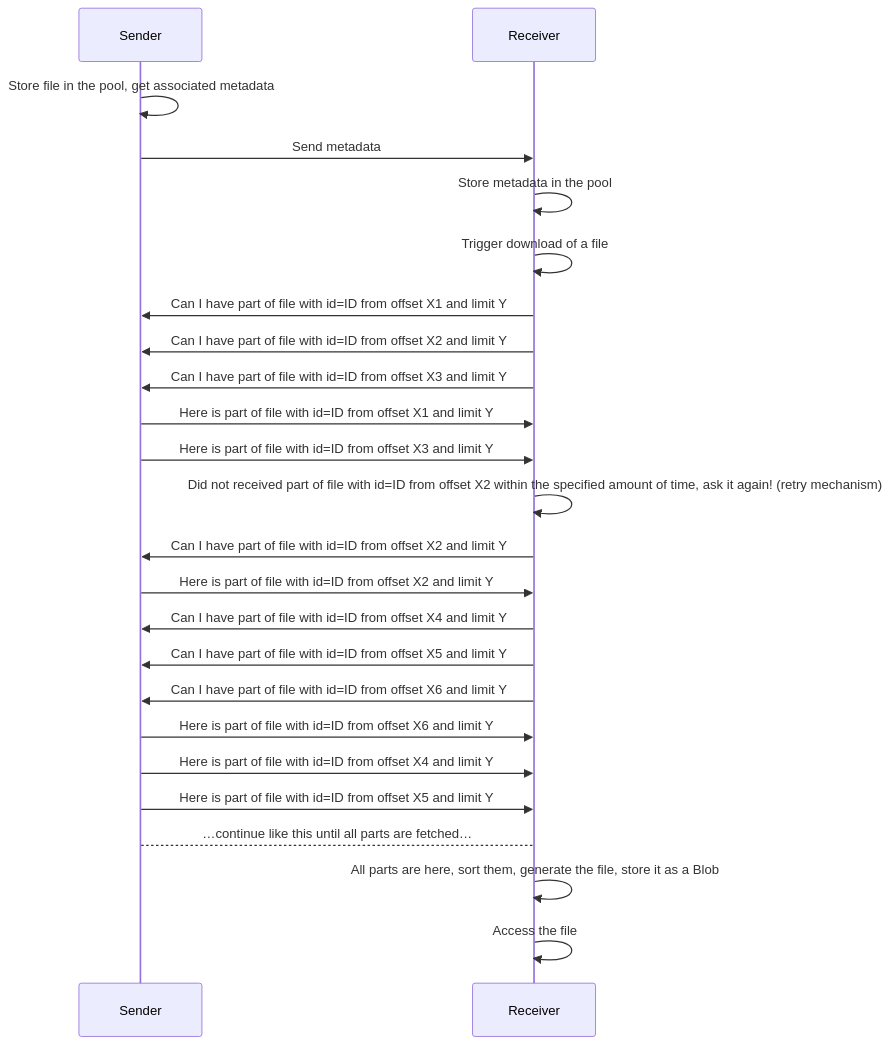
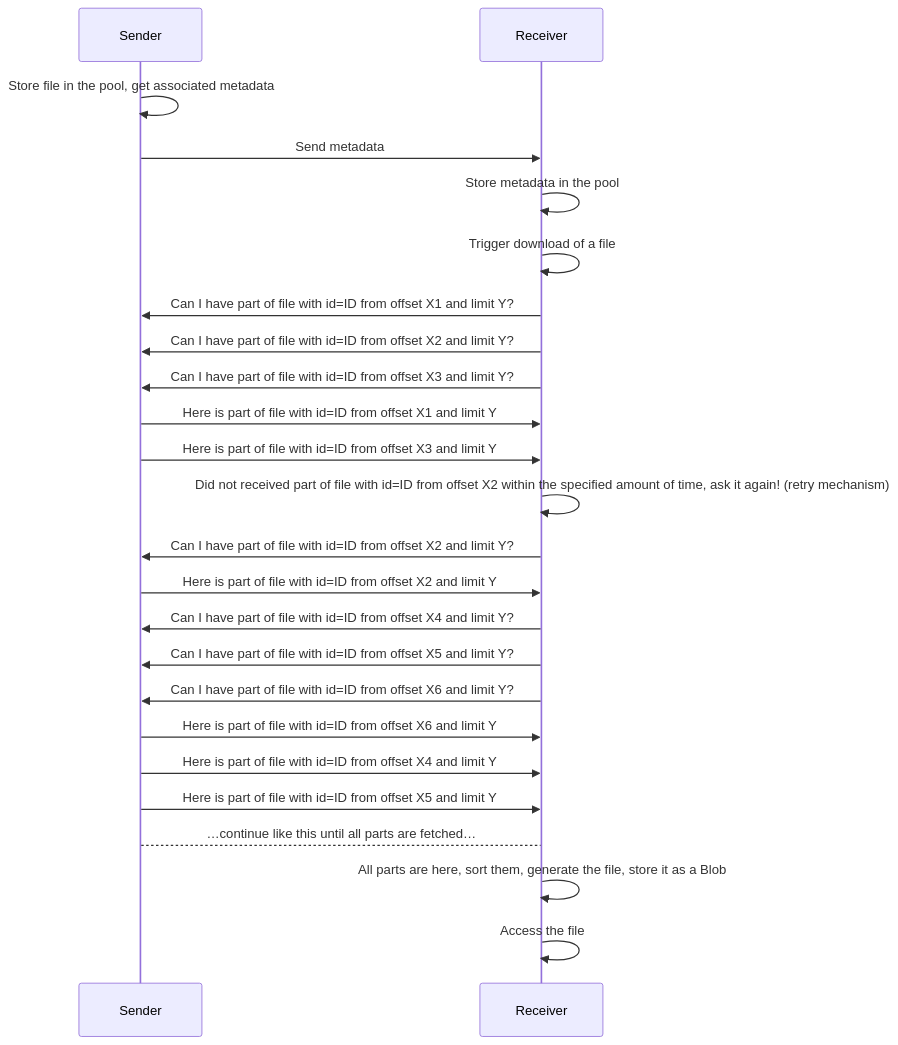
Before and after one commit to ludovicm67/lib-filetransfer: the diagram in README.md, drawn with Mermaid. The commit also changed other lines of this file, not shown here.

````diff
--- a/README.md
+++ b/README.md
@@ -42,27 +42,27 @@
 ```mermaid
 sequenceDiagram
   participant Sender
   participant Receiver
 
   Sender->>Sender: Store file in the pool, get associated metadata
   Sender->>Receiver: Send metadata
   Receiver->>Receiver: Store metadata in the pool
   Receiver->>Receiver: Trigger download of a file
-  Receiver->>Sender: Can I have part of file with id=ID from offset X1 and limit Y
-  Receiver->>Sender: Can I have part of file with id=ID from offset X2 and limit Y
-  Receiver->>Sender: Can I have part of file with id=ID from offset X3 and limit Y
+  Receiver->>Sender: Can I have part of file with id=ID from offset X1 and limit Y?
+  Receiver->>Sender: Can I have part of file with id=ID from offset X2 and limit Y?
+  Receiver->>Sender: Can I have part of file with id=ID from offset X3 and limit Y?
   Sender->>Receiver: Here is part of file with id=ID from offset X1 and limit Y
   Sender->>Receiver: Here is part of file with id=ID from offset X3 and limit Y
   Receiver->>Receiver: Did not received part of file with id=ID from offset X2 within the specified amount of time, ask it again! (retry mechanism)
-  Receiver->>Sender: Can I have part of file with id=ID from offset X2 and limit Y
+  Receiver->>Sender: Can I have part of file with id=ID from offset X2 and limit Y?
   Sender->>Receiver: Here is part of file with id=ID from offset X2 and limit Y
-  Receiver->>Sender: Can I have part of file with id=ID from offset X4 and limit Y
-  Receiver->>Sender: Can I have part of file with id=ID from offset X5 and limit Y
-  Receiver->>Sender: Can I have part of file with id=ID from offset X6 and limit Y
+  Receiver->>Sender: Can I have part of file with id=ID from offset X4 and limit Y?
+  Receiver->>Sender: Can I have part of file with id=ID from offset X5 and limit Y?
+  Receiver->>Sender: Can I have part of file with id=ID from offset X6 and limit Y?
   Sender->>Receiver: Here is part of file with id=ID from offset X6 and limit Y
   Sender->>Receiver: Here is part of file with id=ID from offset X4 and limit Y
   Sender->>Receiver: Here is part of file with id=ID from offset X5 and limit Y
   Sender-->Receiver: …continue like this until all parts are fetched…
   Receiver->>Receiver: All parts are here, sort them, generate the file, store it as a Blob
   Receiver->>Receiver: Access the file
 ```
````
